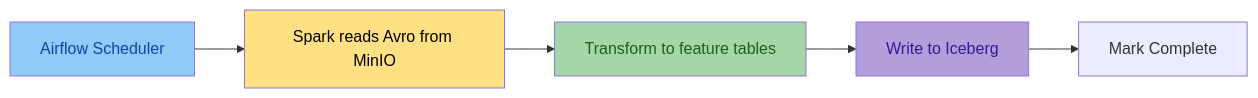
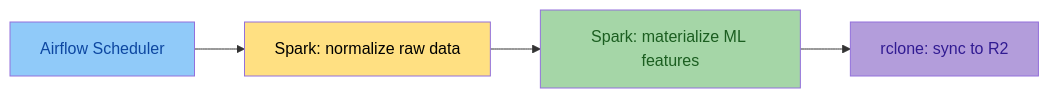
One commit to straightchlorine/quantum-pipeline changed the second of 4 diagrams in docs/architecture/data-flow.md. Above: the diagram before and after it, drawn with Mermaid. The commit also changed other lines of this file and 146 other files, not shown here.

````diff
--- a/docs/architecture/data-flow.md
+++ b/docs/architecture/data-flow.md
@@ -307,12 +113,11 @@
 ```mermaid
 graph LR
-    SCHEDULE[Airflow Scheduler] --> SPARK[Spark reads Avro from MinIO]
-    SPARK --> TRANSFORM[Transform to feature tables]
-    TRANSFORM --> WRITE[Write to Iceberg]
-    WRITE --> COMPLETE[Mark Complete]
+    SCHEDULE[Airflow Scheduler] --> SPARK1[Spark: normalize raw data]
+    SPARK1 --> SPARK2[Spark: materialize ML features]
+    SPARK2 --> SYNC[rclone: sync to R2]
 
     style SCHEDULE fill:#90caf9,color:#0d47a1
-    style SPARK fill:#ffe082,color:#000
-    style TRANSFORM fill:#a5d6a7,color:#1b5e20
-    style WRITE fill:#b39ddb,color:#311b92
+    style SPARK1 fill:#ffe082,color:#000
+    style SPARK2 fill:#a5d6a7,color:#1b5e20
+    style SYNC fill:#b39ddb,color:#311b92
 ```
````
